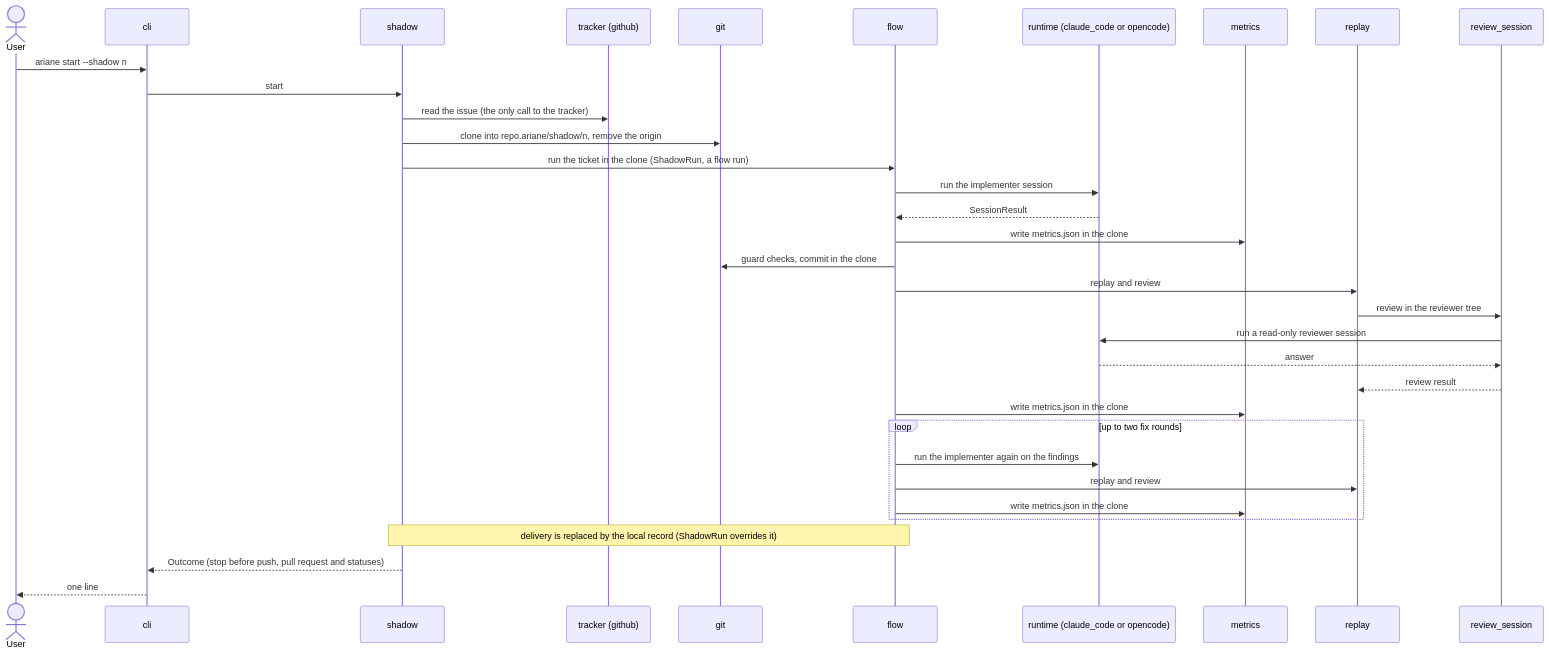
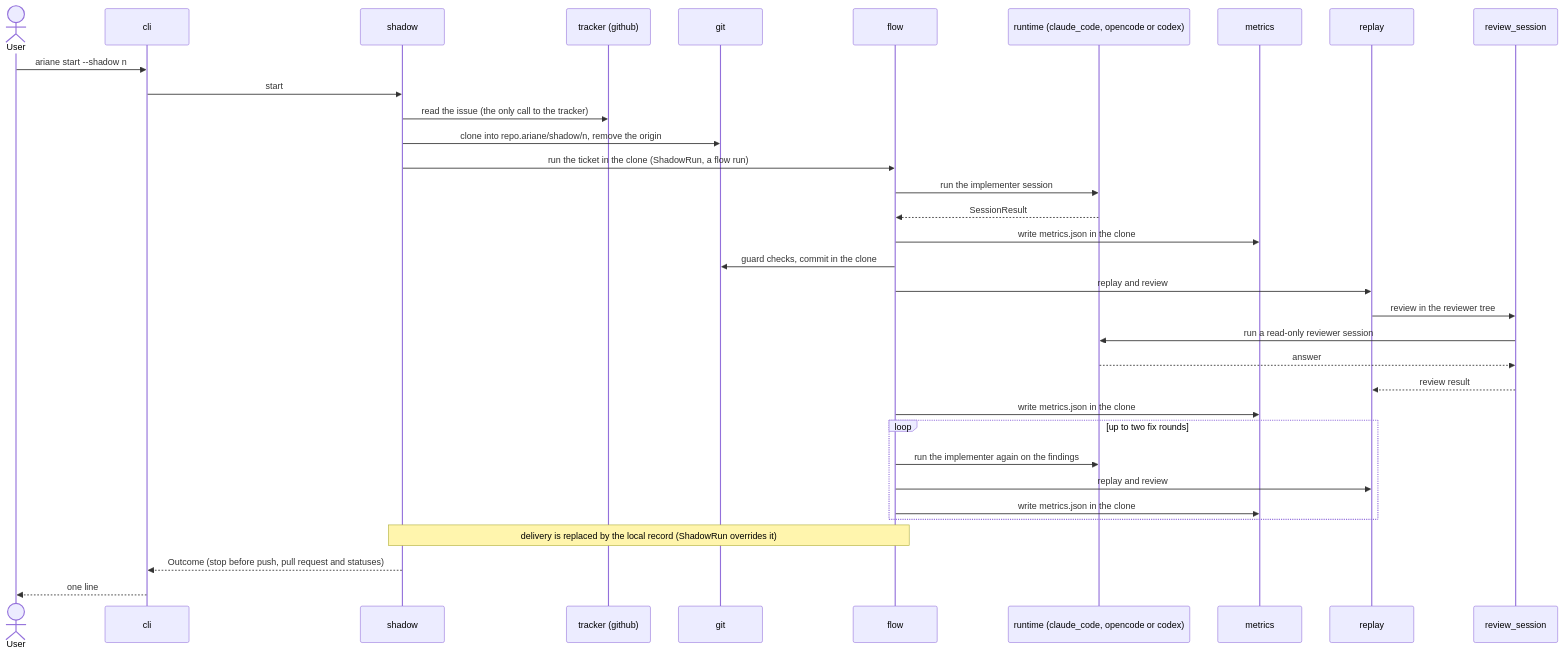
The third of 6 diagrams in docs/architecture/3-components.md (plaplanche/ariane), drawn with Mermaid before and after one commit. The commit also changed other lines of this file and 30 other files, not shown here.

Commit message:
#157: Codex as a reviewer runtime: read-only codex exec on a ChatGPT plan or an API key, with a quota stop (C5, C10)

````diff
--- a/docs/architecture/3-components.md
+++ b/docs/architecture/3-components.md
@@ -189,36 +192,36 @@
 ```mermaid
 sequenceDiagram
   actor U as User
   participant CLI as cli
   participant H as shadow
   participant T as tracker (github)
   participant G as git
   participant F as flow
-  participant R as runtime (claude_code or opencode)
+  participant R as runtime (claude_code, opencode or codex)
   participant M as metrics
   participant P as replay
   participant S as review_session
   U->>CLI: ariane start --shadow n
   CLI->>H: start
   H->>T: read the issue (the only call to the tracker)
   H->>G: clone into repo.ariane/shadow/n, remove the origin
   H->>F: run the ticket in the clone (ShadowRun, a flow run)
   F->>R: run the implementer session
   R-->>F: SessionResult
   F->>M: write metrics.json in the clone
   F->>G: guard checks, commit in the clone
   F->>P: replay and review
   P->>S: review in the reviewer tree
   S->>R: run a read-only reviewer session
   R-->>S: answer
   S-->>P: review result
   F->>M: write metrics.json in the clone
   loop up to two fix rounds
     F->>R: run the implementer again on the findings
     F->>P: replay and review
     F->>M: write metrics.json in the clone
   end
   Note over F,H: delivery is replaced by the local record (ShadowRun overrides it)
   H-->>CLI: Outcome (stop before push, pull request and statuses)
   CLI-->>U: one line
 ```
````
